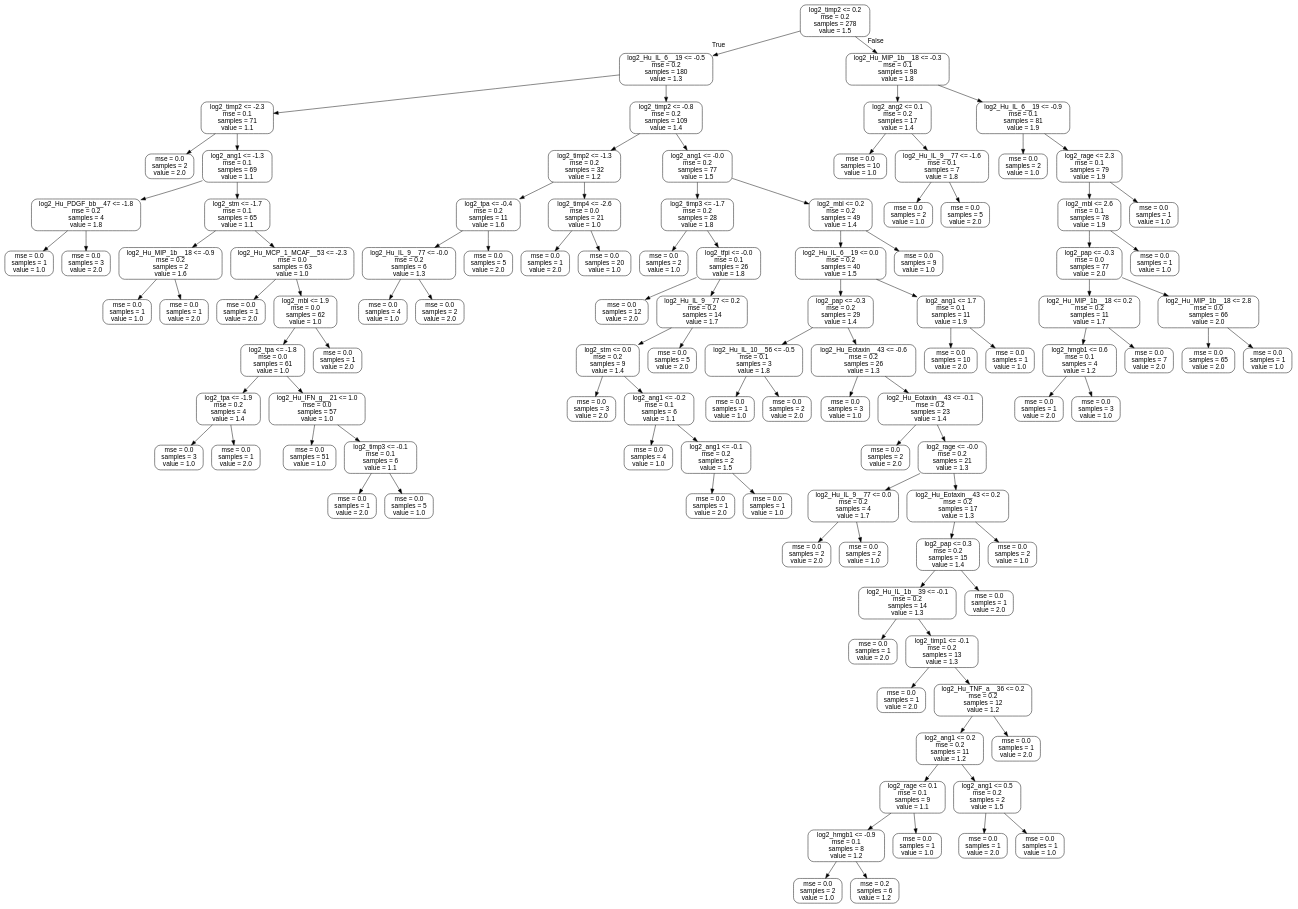
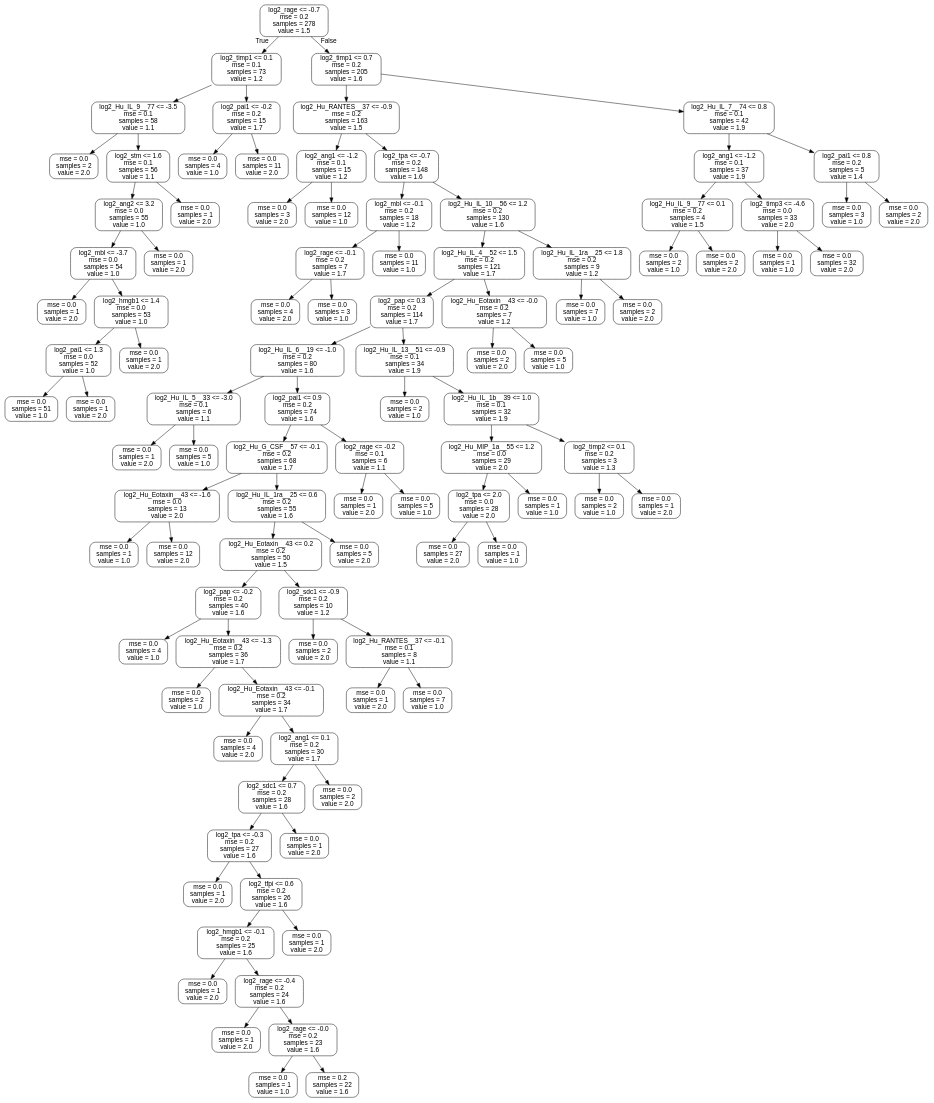
The diagram in tree.dot (tliu-2/PROPPR), drawn with Graphviz before and after one commit. The commit also changed 4 other files, not shown here.

```diff
--- a/tree.dot
+++ b/tree.dot
@@ -1,217 +1,205 @@
 digraph Tree {
 node [shape=box, style="rounded", color="black", fontname=helvetica] ;
 edge [fontname=helvetica] ;
-0 [label="log2_timp2 <= 0.2\nmse = 0.2\nsamples = 278\nvalue = 1.5"] ;
-1 [label="log2_Hu_IL_6__19 <= -0.5\nmse = 0.2\nsamples = 180\nvalue = 1.3"] ;
+0 [label="log2_rage <= -0.7\nmse = 0.2\nsamples = 278\nvalue = 1.5"] ;
+1 [label="log2_timp1 <= 0.1\nmse = 0.1\nsamples = 73\nvalue = 1.2"] ;
 0 -> 1 [labeldistance=2.5, labelangle=45, headlabel="True"] ;
-2 [label="log2_timp2 <= -2.3\nmse = 0.1\nsamples = 71\nvalue = 1.1"] ;
+2 [label="log2_Hu_IL_9__77 <= -3.5\nmse = 0.1\nsamples = 58\nvalue = 1.1"] ;
 1 -> 2 ;
 3 [label="mse = 0.0\nsamples = 2\nvalue = 2.0"] ;
 2 -> 3 ;
-4 [label="log2_ang1 <= -1.3\nmse = 0.1\nsamples = 69\nvalue = 1.1"] ;
+4 [label="log2_stm <= 1.6\nmse = 0.1\nsamples = 56\nvalue = 1.1"] ;
 2 -> 4 ;
-5 [label="log2_Hu_PDGF_bb__47 <= -1.8\nmse = 0.2\nsamples = 4\nvalue = 1.8"] ;
+5 [label="log2_ang2 <= 3.2\nmse = 0.0\nsamples = 55\nvalue = 1.0"] ;
 4 -> 5 ;
-6 [label="mse = 0.0\nsamples = 1\nvalue = 1.0"] ;
+6 [label="log2_mbl <= -3.7\nmse = 0.0\nsamples = 54\nvalue = 1.0"] ;
 5 -> 6 ;
-7 [label="mse = 0.0\nsamples = 3\nvalue = 2.0"] ;
-5 -> 7 ;
-8 [label="log2_stm <= -1.7\nmse = 0.1\nsamples = 65\nvalue = 1.1"] ;
-4 -> 8 ;
-9 [label="log2_Hu_MIP_1b__18 <= -0.9\nmse = 0.2\nsamples = 2\nvalue = 1.6"] ;
+7 [label="mse = 0.0\nsamples = 1\nvalue = 2.0"] ;
+6 -> 7 ;
+8 [label="log2_hmgb1 <= 1.4\nmse = 0.0\nsamples = 53\nvalue = 1.0"] ;
+6 -> 8 ;
+9 [label="log2_pai1 <= 1.3\nmse = 0.0\nsamples = 52\nvalue = 1.0"] ;
 8 -> 9 ;
-10 [label="mse = 0.0\nsamples = 1\nvalue = 1.0"] ;
+10 [label="mse = 0.0\nsamples = 51\nvalue = 1.0"] ;
 9 -> 10 ;
 11 [label="mse = 0.0\nsamples = 1\nvalue = 2.0"] ;
 9 -> 11 ;
-12 [label="log2_Hu_MCP_1_MCAF__53 <= -2.3\nmse = 0.0\nsamples = 63\nvalue = 1.0"] ;
+12 [label="mse = 0.0\nsamples = 1\nvalue = 2.0"] ;
 8 -> 12 ;
 13 [label="mse = 0.0\nsamples = 1\nvalue = 2.0"] ;
-12 -> 13 ;
-14 [label="log2_mbl <= 1.9\nmse = 0.0\nsamples = 62\nvalue = 1.0"] ;
-12 -> 14 ;
-15 [label="log2_tpa <= -1.8\nmse = 0.0\nsamples = 61\nvalue = 1.0"] ;
-14 -> 15 ;
-16 [label="log2_tpa <= -1.9\nmse = 0.2\nsamples = 4\nvalue = 1.4"] ;
+5 -> 13 ;
+14 [label="mse = 0.0\nsamples = 1\nvalue = 2.0"] ;
+4 -> 14 ;
+15 [label="log2_pai1 <= -0.2\nmse = 0.2\nsamples = 15\nvalue = 1.7"] ;
+1 -> 15 ;
+16 [label="mse = 0.0\nsamples = 4\nvalue = 1.0"] ;
 15 -> 16 ;
-17 [label="mse = 0.0\nsamples = 3\nvalue = 1.0"] ;
-16 -> 17 ;
-18 [label="mse = 0.0\nsamples = 1\nvalue = 2.0"] ;
-16 -> 18 ;
-19 [label="log2_Hu_IFN_g__21 <= 1.0\nmse = 0.0\nsamples = 57\nvalue = 1.0"] ;
-15 -> 19 ;
-20 [label="mse = 0.0\nsamples = 51\nvalue = 1.0"] ;
+17 [label="mse = 0.0\nsamples = 11\nvalue = 2.0"] ;
+15 -> 17 ;
+18 [label="log2_timp1 <= 0.7\nmse = 0.2\nsamples = 205\nvalue = 1.6"] ;
+0 -> 18 [labeldistance=2.5, labelangle=-45, headlabel="False"] ;
+19 [label="log2_Hu_RANTES__37 <= -0.9\nmse = 0.2\nsamples = 163\nvalue = 1.5"] ;
+18 -> 19 ;
+20 [label="log2_ang1 <= -1.2\nmse = 0.1\nsamples = 15\nvalue = 1.2"] ;
 19 -> 20 ;
-21 [label="log2_timp3 <= -0.1\nmse = 0.1\nsamples = 6\nvalue = 1.1"] ;
-19 -> 21 ;
-22 [label="mse = 0.0\nsamples = 1\nvalue = 2.0"] ;
-21 -> 22 ;
-23 [label="mse = 0.0\nsamples = 5\nvalue = 1.0"] ;
-21 -> 23 ;
-24 [label="mse = 0.0\nsamples = 1\nvalue = 2.0"] ;
-14 -> 24 ;
-25 [label="log2_timp2 <= -0.8\nmse = 0.2\nsamples = 109\nvalue = 1.4"] ;
-1 -> 25 ;
-26 [label="log2_timp2 <= -1.3\nmse = 0.2\nsamples = 32\nvalue = 1.2"] ;
+21 [label="mse = 0.0\nsamples = 3\nvalue = 2.0"] ;
+20 -> 21 ;
+22 [label="mse = 0.0\nsamples = 12\nvalue = 1.0"] ;
+20 -> 22 ;
+23 [label="log2_tpa <= -0.7\nmse = 0.2\nsamples = 148\nvalue = 1.6"] ;
+19 -> 23 ;
+24 [label="log2_mbl <= -0.1\nmse = 0.2\nsamples = 18\nvalue = 1.2"] ;
+23 -> 24 ;
+25 [label="log2_rage <= -0.1\nmse = 0.2\nsamples = 7\nvalue = 1.7"] ;
+24 -> 25 ;
+26 [label="mse = 0.0\nsamples = 4\nvalue = 2.0"] ;
 25 -> 26 ;
-27 [label="log2_tpa <= -0.4\nmse = 0.2\nsamples = 11\nvalue = 1.6"] ;
-26 -> 27 ;
-28 [label="log2_Hu_IL_9__77 <= -0.0\nmse = 0.2\nsamples = 6\nvalue = 1.3"] ;
-27 -> 28 ;
-29 [label="mse = 0.0\nsamples = 4\nvalue = 1.0"] ;
-28 -> 29 ;
-30 [label="mse = 0.0\nsamples = 2\nvalue = 2.0"] ;
-28 -> 30 ;
-31 [label="mse = 0.0\nsamples = 5\nvalue = 2.0"] ;
-27 -> 31 ;
-32 [label="log2_timp4 <= -2.6\nmse = 0.0\nsamples = 21\nvalue = 1.0"] ;
-26 -> 32 ;
-33 [label="mse = 0.0\nsamples = 1\nvalue = 2.0"] ;
+27 [label="mse = 0.0\nsamples = 3\nvalue = 1.0"] ;
+25 -> 27 ;
+28 [label="mse = 0.0\nsamples = 11\nvalue = 1.0"] ;
+24 -> 28 ;
+29 [label="log2_Hu_IL_10__56 <= 1.2\nmse = 0.2\nsamples = 130\nvalue = 1.6"] ;
+23 -> 29 ;
+30 [label="log2_Hu_IL_4__52 <= 1.5\nmse = 0.2\nsamples = 121\nvalue = 1.7"] ;
+29 -> 30 ;
+31 [label="log2_pap <= 0.3\nmse = 0.2\nsamples = 114\nvalue = 1.7"] ;
+30 -> 31 ;
+32 [label="log2_Hu_IL_6__19 <= -1.0\nmse = 0.2\nsamples = 80\nvalue = 1.6"] ;
+31 -> 32 ;
+33 [label="log2_Hu_IL_5__33 <= -3.0\nmse = 0.1\nsamples = 6\nvalue = 1.1"] ;
 32 -> 33 ;
-34 [label="mse = 0.0\nsamples = 20\nvalue = 1.0"] ;
-32 -> 34 ;
-35 [label="log2_ang1 <= -0.0\nmse = 0.2\nsamples = 77\nvalue = 1.5"] ;
-25 -> 35 ;
-36 [label="log2_timp3 <= -1.7\nmse = 0.2\nsamples = 28\nvalue = 1.8"] ;
-35 -> 36 ;
-37 [label="mse = 0.0\nsamples = 2\nvalue = 1.0"] ;
+34 [label="mse = 0.0\nsamples = 1\nvalue = 2.0"] ;
+33 -> 34 ;
+35 [label="mse = 0.0\nsamples = 5\nvalue = 1.0"] ;
+33 -> 35 ;
+36 [label="log2_pai1 <= 0.9\nmse = 0.2\nsamples = 74\nvalue = 1.6"] ;
+32 -> 36 ;
+37 [label="log2_Hu_G_CSF__57 <= -0.1\nmse = 0.2\nsamples = 68\nvalue = 1.7"] ;
 36 -> 37 ;
-38 [label="log2_tfpi <= -0.0\nmse = 0.1\nsamples = 26\nvalue = 1.8"] ;
-36 -> 38 ;
-39 [label="mse = 0.0\nsamples = 12\nvalue = 2.0"] ;
+38 [label="log2_Hu_Eotaxin__43 <= -1.6\nmse = 0.0\nsamples = 13\nvalue = 2.0"] ;
+37 -> 38 ;
+39 [label="mse = 0.0\nsamples = 1\nvalue = 1.0"] ;
 38 -> 39 ;
-40 [label="log2_Hu_IL_9__77 <= 0.2\nmse = 0.2\nsamples = 14\nvalue = 1.7"] ;
+40 [label="mse = 0.0\nsamples = 12\nvalue = 2.0"] ;
 38 -> 40 ;
-41 [label="log2_stm <= 0.0\nmse = 0.2\nsamples = 9\nvalue = 1.4"] ;
-40 -> 41 ;
-42 [label="mse = 0.0\nsamples = 3\nvalue = 2.0"] ;
+41 [label="log2_Hu_IL_1ra__25 <= 0.6\nmse = 0.2\nsamples = 55\nvalue = 1.6"] ;
+37 -> 41 ;
+42 [label="log2_Hu_Eotaxin__43 <= 0.2\nmse = 0.2\nsamples = 50\nvalue = 1.5"] ;
 41 -> 42 ;
-43 [label="log2_ang1 <= -0.2\nmse = 0.1\nsamples = 6\nvalue = 1.1"] ;
-41 -> 43 ;
+43 [label="log2_pap <= -0.2\nmse = 0.2\nsamples = 40\nvalue = 1.6"] ;
+42 -> 43 ;
 44 [label="mse = 0.0\nsamples = 4\nvalue = 1.0"] ;
 43 -> 44 ;
-45 [label="log2_ang1 <= -0.1\nmse = 0.2\nsamples = 2\nvalue = 1.5"] ;
+45 [label="log2_Hu_Eotaxin__43 <= -1.3\nmse = 0.2\nsamples = 36\nvalue = 1.7"] ;
 43 -> 45 ;
-46 [label="mse = 0.0\nsamples = 1\nvalue = 2.0"] ;
+46 [label="mse = 0.0\nsamples = 2\nvalue = 1.0"] ;
 45 -> 46 ;
-47 [label="mse = 0.0\nsamples = 1\nvalue = 1.0"] ;
+47 [label="log2_Hu_Eotaxin__43 <= -0.1\nmse = 0.2\nsamples = 34\nvalue = 1.7"] ;
 45 -> 47 ;
-48 [label="mse = 0.0\nsamples = 5\nvalue = 2.0"] ;
-40 -> 48 ;
-49 [label="log2_mbl <= 0.2\nmse = 0.2\nsamples = 49\nvalue = 1.4"] ;
-35 -> 49 ;
-50 [label="log2_Hu_IL_6__19 <= 0.0\nmse = 0.2\nsamples = 40\nvalue = 1.5"] ;
+48 [label="mse = 0.0\nsamples = 4\nvalue = 2.0"] ;
+47 -> 48 ;
+49 [label="log2_ang1 <= 0.1\nmse = 0.2\nsamples = 30\nvalue = 1.7"] ;
+47 -> 49 ;
+50 [label="log2_sdc1 <= 0.7\nmse = 0.2\nsamples = 28\nvalue = 1.6"] ;
 49 -> 50 ;
-51 [label="log2_pap <= -0.3\nmse = 0.2\nsamples = 29\nvalue = 1.4"] ;
+51 [label="log2_tpa <= -0.3\nmse = 0.2\nsamples = 27\nvalue = 1.6"] ;
 50 -> 51 ;
-52 [label="log2_Hu_IL_10__56 <= -0.5\nmse = 0.1\nsamples = 3\nvalue = 1.8"] ;
+52 [label="mse = 0.0\nsamples = 1\nvalue = 2.0"] ;
 51 -> 52 ;
-53 [label="mse = 0.0\nsamples = 1\nvalue = 1.0"] ;
-52 -> 53 ;
-54 [label="mse = 0.0\nsamples = 2\nvalue = 2.0"] ;
-52 -> 54 ;
-55 [label="log2_Hu_Eotaxin__43 <= -0.6\nmse = 0.2\nsamples = 26\nvalue = 1.3"] ;
-51 -> 55 ;
-56 [label="mse = 0.0\nsamples = 3\nvalue = 1.0"] ;
-55 -> 56 ;
-57 [label="log2_Hu_Eotaxin__43 <= -0.1\nmse = 0.2\nsamples = 23\nvalue = 1.4"] ;
-55 -> 57 ;
-58 [label="mse = 0.0\nsamples = 2\nvalue = 2.0"] ;
-57 -> 58 ;
-59 [label="log2_rage <= -0.0\nmse = 0.2\nsamples = 21\nvalue = 1.3"] ;
-57 -> 59 ;
-60 [label="log2_Hu_IL_9__77 <= 0.0\nmse = 0.2\nsamples = 4\nvalue = 1.7"] ;
-59 -> 60 ;
-61 [label="mse = 0.0\nsamples = 2\nvalue = 2.0"] ;
-60 -> 61 ;
-62 [label="mse = 0.0\nsamples = 2\nvalue = 1.0"] ;
-60 -> 62 ;
-63 [label="log2_Hu_Eotaxin__43 <= 0.2\nmse = 0.2\nsamples = 17\nvalue = 1.3"] ;
-59 -> 63 ;
-64 [label="log2_pap <= 0.3\nmse = 0.2\nsamples = 15\nvalue = 1.4"] ;
-63 -> 64 ;
-65 [label="log2_Hu_IL_1b__39 <= -0.1\nmse = 0.2\nsamples = 14\nvalue = 1.3"] ;
+53 [label="log2_tfpi <= 0.6\nmse = 0.2\nsamples = 26\nvalue = 1.6"] ;
+51 -> 53 ;
+54 [label="log2_hmgb1 <= -0.1\nmse = 0.2\nsamples = 25\nvalue = 1.6"] ;
+53 -> 54 ;
+55 [label="mse = 0.0\nsamples = 1\nvalue = 2.0"] ;
+54 -> 55 ;
+56 [label="log2_rage <= -0.4\nmse = 0.2\nsamples = 24\nvalue = 1.6"] ;
+54 -> 56 ;
+57 [label="mse = 0.0\nsamples = 1\nvalue = 2.0"] ;
+56 -> 57 ;
+58 [label="log2_rage <= -0.0\nmse = 0.2\nsamples = 23\nvalue = 1.6"] ;
+56 -> 58 ;
+59 [label="mse = 0.0\nsamples = 1\nvalue = 1.0"] ;
+58 -> 59 ;
+60 [label="mse = 0.2\nsamples = 22\nvalue = 1.6"] ;
+58 -> 60 ;
+61 [label="mse = 0.0\nsamples = 1\nvalue = 2.0"] ;
+53 -> 61 ;
+62 [label="mse = 0.0\nsamples = 1\nvalue = 2.0"] ;
+50 -> 62 ;
+63 [label="mse = 0.0\nsamples = 2\nvalue = 2.0"] ;
+49 -> 63 ;
+64 [label="log2_sdc1 <= -0.9\nmse = 0.2\nsamples = 10\nvalue = 1.2"] ;
+42 -> 64 ;
+65 [label="mse = 0.0\nsamples = 2\nvalue = 2.0"] ;
 64 -> 65 ;
-66 [label="mse = 0.0\nsamples = 1\nvalue = 2.0"] ;
-65 -> 66 ;
-67 [label="log2_timp1 <= -0.1\nmse = 0.2\nsamples = 13\nvalue = 1.3"] ;
-65 -> 67 ;
-68 [label="mse = 0.0\nsamples = 1\nvalue = 2.0"] ;
-67 -> 68 ;
-69 [label="log2_Hu_TNF_a__36 <= 0.2\nmse = 0.2\nsamples = 12\nvalue = 1.2"] ;
-67 -> 69 ;
-70 [label="log2_ang1 <= 0.2\nmse = 0.2\nsamples = 11\nvalue = 1.2"] ;
-69 -> 70 ;
-71 [label="log2_rage <= 0.1\nmse = 0.1\nsamples = 9\nvalue = 1.1"] ;
+66 [label="log2_Hu_RANTES__37 <= -0.1\nmse = 0.1\nsamples = 8\nvalue = 1.1"] ;
+64 -> 66 ;
+67 [label="mse = 0.0\nsamples = 1\nvalue = 2.0"] ;
+66 -> 67 ;
+68 [label="mse = 0.0\nsamples = 7\nvalue = 1.0"] ;
+66 -> 68 ;
+69 [label="mse = 0.0\nsamples = 5\nvalue = 2.0"] ;
+41 -> 69 ;
+70 [label="log2_rage <= -0.2\nmse = 0.1\nsamples = 6\nvalue = 1.1"] ;
+36 -> 70 ;
+71 [label="mse = 0.0\nsamples = 1\nvalue = 2.0"] ;
 70 -> 71 ;
-72 [label="log2_hmgb1 <= -0.9\nmse = 0.1\nsamples = 8\nvalue = 1.2"] ;
-71 -> 72 ;
-73 [label="mse = 0.0\nsamples = 2\nvalue = 1.0"] ;
-72 -> 73 ;
-74 [label="mse = 0.2\nsamples = 6\nvalue = 1.2"] ;
-72 -> 74 ;
-75 [label="mse = 0.0\nsamples = 1\nvalue = 1.0"] ;
-71 -> 75 ;
-76 [label="log2_ang1 <= 0.5\nmse = 0.2\nsamples = 2\nvalue = 1.5"] ;
-70 -> 76 ;
-77 [label="mse = 0.0\nsamples = 1\nvalue = 2.0"] ;
+72 [label="mse = 0.0\nsamples = 5\nvalue = 1.0"] ;
+70 -> 72 ;
+73 [label="log2_Hu_IL_13__51 <= -0.9\nmse = 0.1\nsamples = 34\nvalue = 1.9"] ;
+31 -> 73 ;
+74 [label="mse = 0.0\nsamples = 2\nvalue = 1.0"] ;
+73 -> 74 ;
+75 [label="log2_Hu_IL_1b__39 <= 1.0\nmse = 0.1\nsamples = 32\nvalue = 1.9"] ;
+73 -> 75 ;
+76 [label="log2_Hu_MIP_1a__55 <= 1.2\nmse = 0.0\nsamples = 29\nvalue = 2.0"] ;
+75 -> 76 ;
+77 [label="log2_tpa <= 2.0\nmse = 0.0\nsamples = 28\nvalue = 2.0"] ;
 76 -> 77 ;
-78 [label="mse = 0.0\nsamples = 1\nvalue = 1.0"] ;
-76 -> 78 ;
-79 [label="mse = 0.0\nsamples = 1\nvalue = 2.0"] ;
-69 -> 79 ;
-80 [label="mse = 0.0\nsamples = 1\nvalue = 2.0"] ;
-64 -> 80 ;
-81 [label="mse = 0.0\nsamples = 2\nvalue = 1.0"] ;
-63 -> 81 ;
-82 [label="log2_ang1 <= 1.7\nmse = 0.1\nsamples = 11\nvalue = 1.9"] ;
-50 -> 82 ;
-83 [label="mse = 0.0\nsamples = 10\nvalue = 2.0"] ;
-82 -> 83 ;
-84 [label="mse = 0.0\nsamples = 1\nvalue = 1.0"] ;
-82 -> 84 ;
-85 [label="mse = 0.0\nsamples = 9\nvalue = 1.0"] ;
-49 -> 85 ;
-86 [label="log2_Hu_MIP_1b__18 <= -0.3\nmse = 0.1\nsamples = 98\nvalue = 1.8"] ;
-0 -> 86 [labeldistance=2.5, labelangle=-45, headlabel="False"] ;
-87 [label="log2_ang2 <= 0.1\nmse = 0.2\nsamples = 17\nvalue = 1.4"] ;
-86 -> 87 ;
-88 [label="mse = 0.0\nsamples = 10\nvalue = 1.0"] ;
+78 [label="mse = 0.0\nsamples = 27\nvalue = 2.0"] ;
+77 -> 78 ;
+79 [label="mse = 0.0\nsamples = 1\nvalue = 1.0"] ;
+77 -> 79 ;
+80 [label="mse = 0.0\nsamples = 1\nvalue = 1.0"] ;
+76 -> 80 ;
+81 [label="log2_timp2 <= 0.1\nmse = 0.2\nsamples = 3\nvalue = 1.3"] ;
+75 -> 81 ;
+82 [label="mse = 0.0\nsamples = 2\nvalue = 1.0"] ;
+81 -> 82 ;
+83 [label="mse = 0.0\nsamples = 1\nvalue = 2.0"] ;
+81 -> 83 ;
+84 [label="log2_Hu_Eotaxin__43 <= -0.0\nmse = 0.2\nsamples = 7\nvalue = 1.2"] ;
+30 -> 84 ;
+85 [label="mse = 0.0\nsamples = 2\nvalue = 2.0"] ;
+84 -> 85 ;
+86 [label="mse = 0.0\nsamples = 5\nvalue = 1.0"] ;
+84 -> 86 ;
+87 [label="log2_Hu_IL_1ra__25 <= 1.8\nmse = 0.2\nsamples = 9\nvalue = 1.2"] ;
+29 -> 87 ;
+88 [label="mse = 0.0\nsamples = 7\nvalue = 1.0"] ;
 87 -> 88 ;
-89 [label="log2_Hu_IL_9__77 <= -1.6\nmse = 0.1\nsamples = 7\nvalue = 1.8"] ;
+89 [label="mse = 0.0\nsamples = 2\nvalue = 2.0"] ;
 87 -> 89 ;
-90 [label="mse = 0.0\nsamples = 2\nvalue = 1.0"] ;
-89 -> 90 ;
-91 [label="mse = 0.0\nsamples = 5\nvalue = 2.0"] ;
-89 -> 91 ;
-92 [label="log2_Hu_IL_6__19 <= -0.9\nmse = 0.1\nsamples = 81\nvalue = 1.9"] ;
-86 -> 92 ;
+90 [label="log2_Hu_IL_7__74 <= 0.8\nmse = 0.1\nsamples = 42\nvalue = 1.9"] ;
+18 -> 90 ;
+91 [label="log2_ang1 <= -1.2\nmse = 0.1\nsamples = 37\nvalue = 1.9"] ;
+90 -> 91 ;
+92 [label="log2_Hu_IL_9__77 <= 0.1\nmse = 0.2\nsamples = 4\nvalue = 1.5"] ;
+91 -> 92 ;
 93 [label="mse = 0.0\nsamples = 2\nvalue = 1.0"] ;
 92 -> 93 ;
-94 [label="log2_rage <= 2.3\nmse = 0.1\nsamples = 79\nvalue = 1.9"] ;
+94 [label="mse = 0.0\nsamples = 2\nvalue = 2.0"] ;
 92 -> 94 ;
-95 [label="log2_mbl <= 2.6\nmse = 0.1\nsamples = 78\nvalue = 1.9"] ;
-94 -> 95 ;
-96 [label="log2_pap <= -0.3\nmse = 0.0\nsamples = 77\nvalue = 2.0"] ;
+95 [label="log2_timp3 <= -4.6\nmse = 0.0\nsamples = 33\nvalue = 2.0"] ;
+91 -> 95 ;
+96 [label="mse = 0.0\nsamples = 1\nvalue = 1.0"] ;
 95 -> 96 ;
-97 [label="log2_Hu_MIP_1b__18 <= 0.2\nmse = 0.2\nsamples = 11\nvalue = 1.7"] ;
-96 -> 97 ;
-98 [label="log2_hmgb1 <= 0.6\nmse = 0.1\nsamples = 4\nvalue = 1.2"] ;
-97 -> 98 ;
-99 [label="mse = 0.0\nsamples = 1\nvalue = 2.0"] ;
+97 [label="mse = 0.0\nsamples = 32\nvalue = 2.0"] ;
+95 -> 97 ;
+98 [label="log2_pai1 <= 0.8\nmse = 0.2\nsamples = 5\nvalue = 1.4"] ;
+90 -> 98 ;
+99 [label="mse = 0.0\nsamples = 3\nvalue = 1.0"] ;
 98 -> 99 ;
-100 [label="mse = 0.0\nsamples = 3\nvalue = 1.0"] ;
+100 [label="mse = 0.0\nsamples = 2\nvalue = 2.0"] ;
 98 -> 100 ;
-101 [label="mse = 0.0\nsamples = 7\nvalue = 2.0"] ;
-97 -> 101 ;
-102 [label="log2_Hu_MIP_1b__18 <= 2.8\nmse = 0.0\nsamples = 66\nvalue = 2.0"] ;
-96 -> 102 ;
-103 [label="mse = 0.0\nsamples = 65\nvalue = 2.0"] ;
-102 -> 103 ;
-104 [label="mse = 0.0\nsamples = 1\nvalue = 1.0"] ;
-102 -> 104 ;
-105 [label="mse = 0.0\nsamples = 1\nvalue = 1.0"] ;
-95 -> 105 ;
-106 [label="mse = 0.0\nsamples = 1\nvalue = 1.0"] ;
-94 -> 106 ;
 }
```
